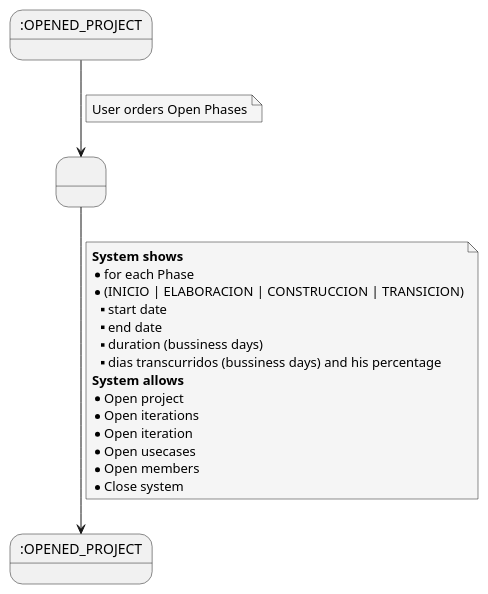
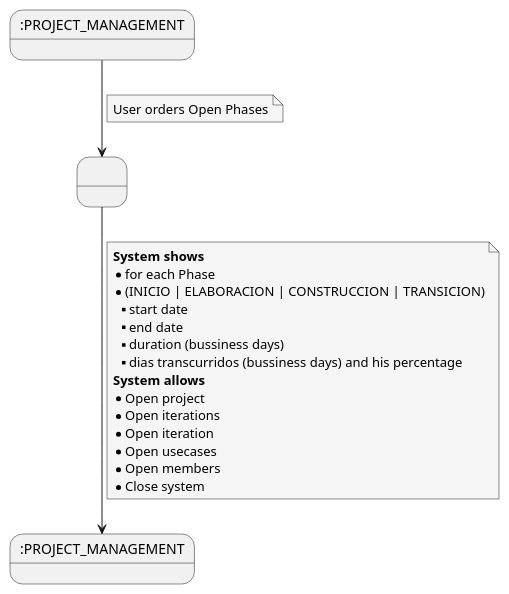
Before and after one commit to rup-projects/rup-projects: the diagram in documentation/diagrams/esbozopersonal/ilya/OpenPhases.puml, drawn with PlantUML. The commit also changed 16 other files, not shown here.

Commit message:
cambiamos de nombre OPENED por MANAGEMENT

```diff
--- a/documentation/diagrams/esbozopersonal/ilya/OpenPhases.puml
+++ b/documentation/diagrams/esbozopersonal/ilya/OpenPhases.puml
@@ -1,32 +1,32 @@
 @startuml
 skinparam {
     NoteBackgroundColor #whiteSmoke
 }
-    state OPENED_PROJECT as ":OPENED_PROJECT"
+    state PROJECT_MANAGEMENT as ":PROJECT_MANAGEMENT"
     state 1 as " "
-    state 2 as ":OPENED_PROJECT"
+    state 2 as ":PROJECT_MANAGEMENT"
 
-    OPENED_PROJECT --> 1
+    PROJECT_MANAGEMENT --> 1
     note on link
         User orders Open Phases
     end note
 
     1 --> 2
     note on link
         <b>System shows</b>
         * for each Phase
         * (INICIO | ELABORACION | CONSTRUCCION | TRANSICION)
         ** start date
         ** end date
         ** duration (bussiness days)
         ** dias transcurridos (bussiness days) and his percentage
         <b>System allows</b>
         * Open project
         * Open iterations
         * Open iteration
         * Open usecases
         * Open members
         * Close system
     end note
 
 @enduml
```
